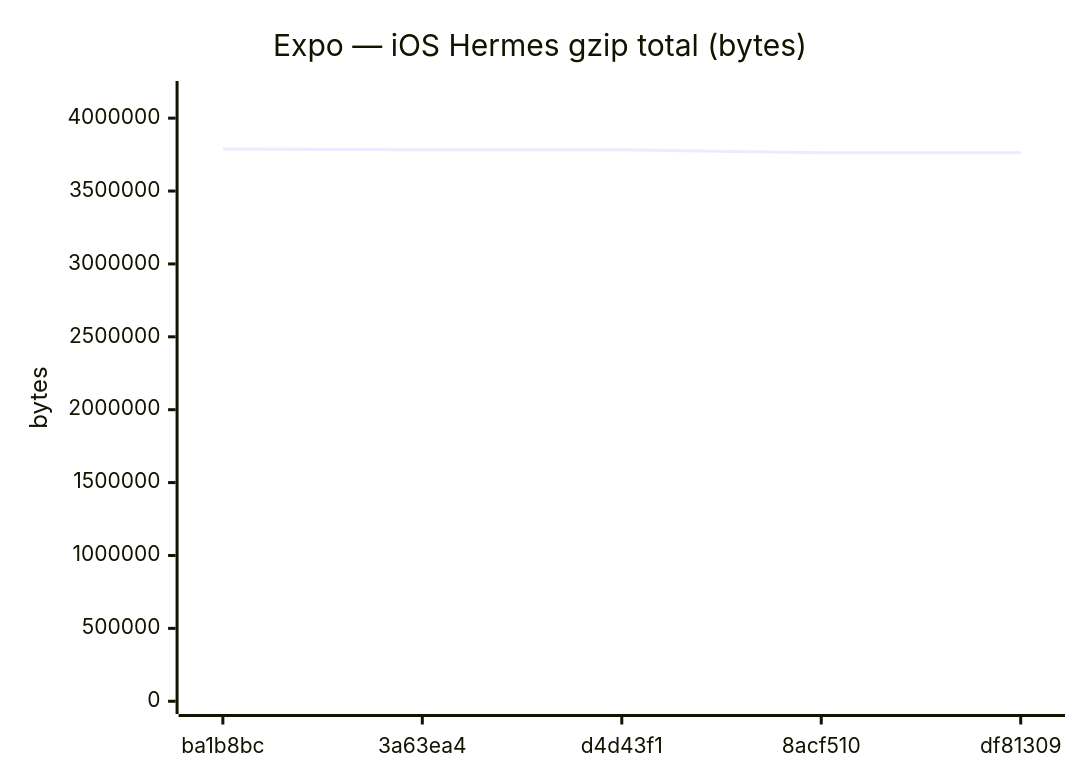
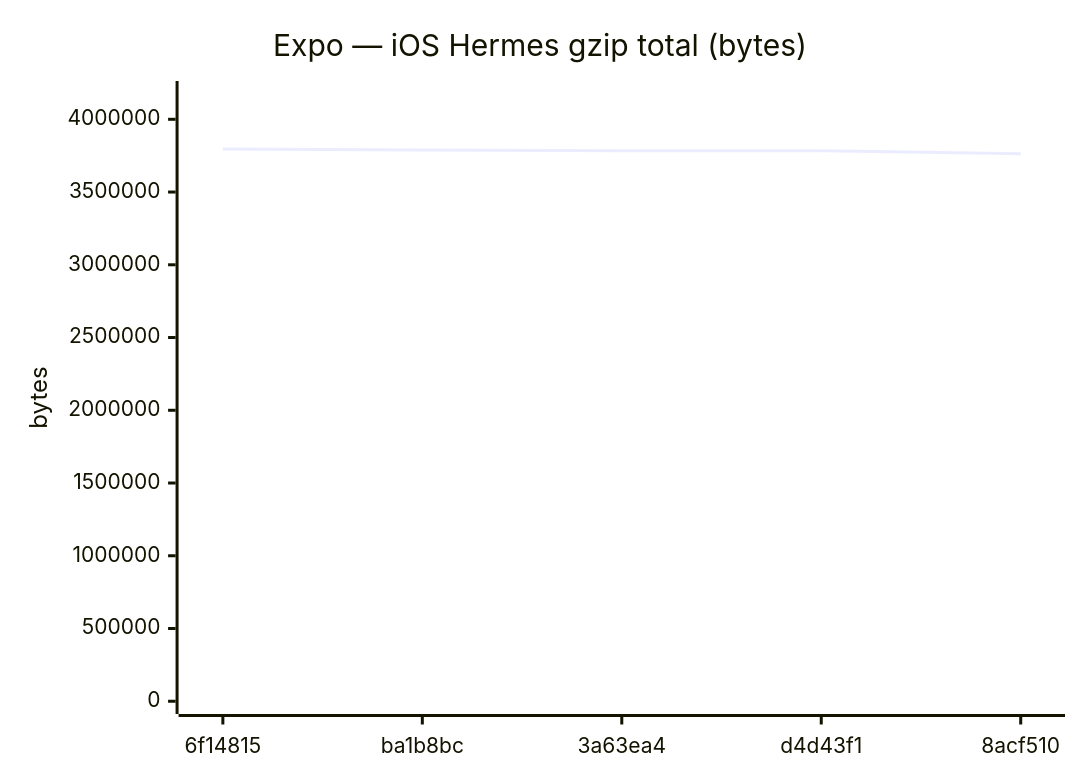
Before and after one commit to Metaheurist/Rianell: diagram 12 of 18 in benchmarks/compare.md, drawn with Mermaid. The commit also changed other lines of this file and 11 other files, not shown here.

````diff
--- a/benchmarks/compare.md
+++ b/benchmarks/compare.md
@@ -179,7 +179,7 @@
 ```mermaid
 xychart-beta
     title "Expo — iOS Hermes gzip total (bytes)"
-    x-axis ["ba1b8bc", "3a63ea4", "d4d43f1", "8acf510", "df81309"]
-    y-axis "bytes" 0 --> 4167378
-    line [3788525, 3783517, 3783520, 3762734, 3762736]
+    x-axis ["6f14815", "ba1b8bc", "3a63ea4", "d4d43f1", "8acf510"]
+    y-axis "bytes" 0 --> 4175606
+    line [3796005, 3788525, 3783517, 3783520, 3762734]
 ```
````
